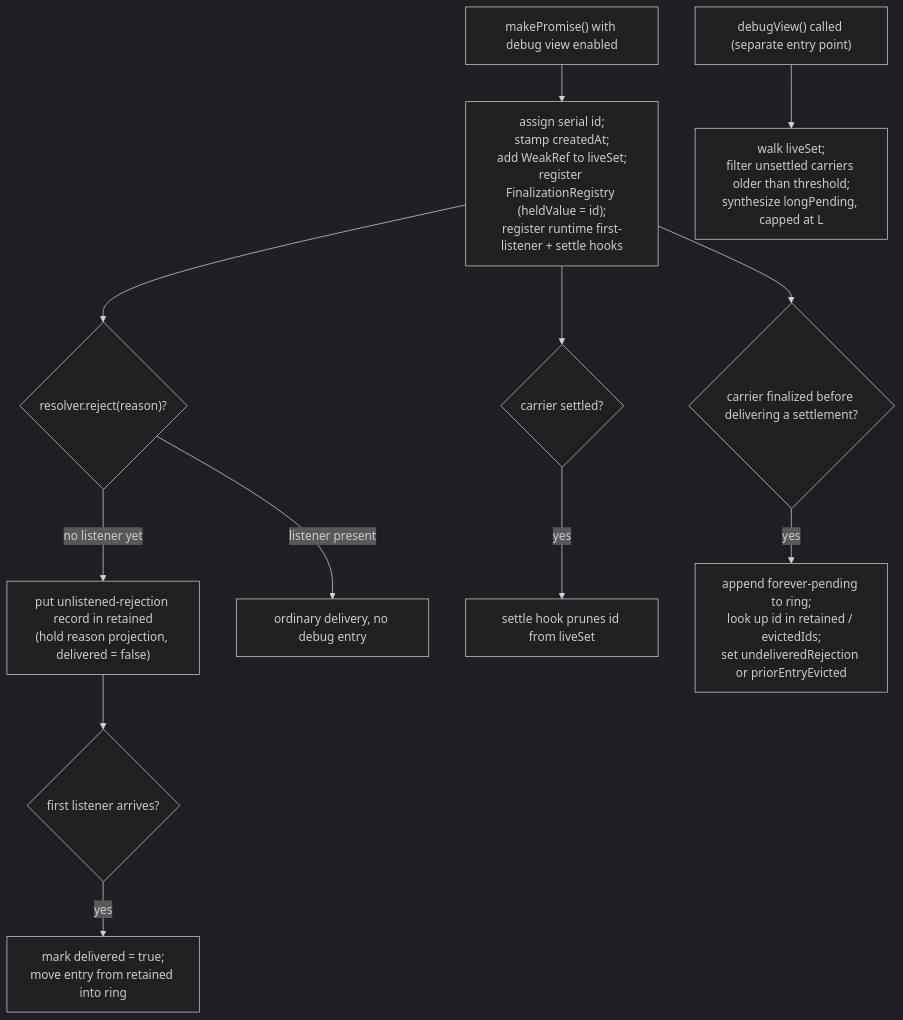
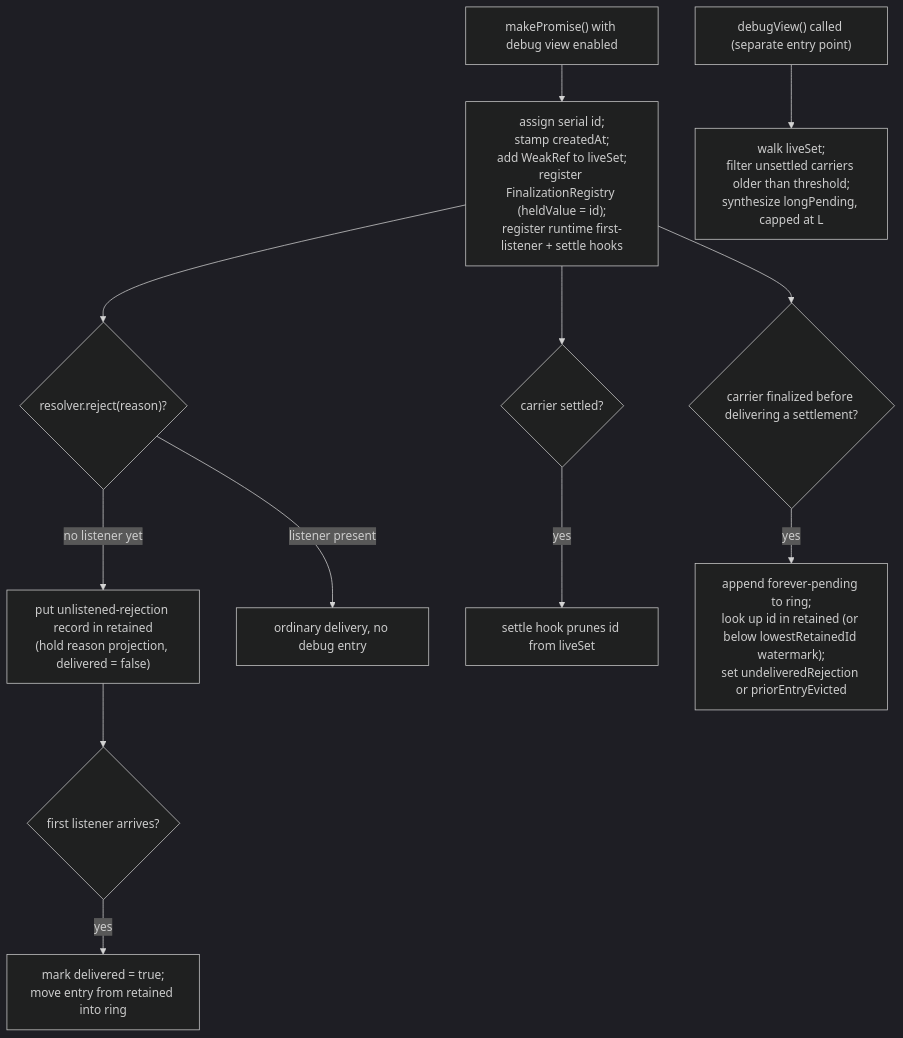
Before and after one commit to endojs/endo-but-for-bots: the diagram in designs/promise-debug-view.md, drawn with Mermaid (dark theme). The commit also changed other lines of this file and 1 other file, not shown here.

````diff
--- a/designs/promise-debug-view.md
+++ b/designs/promise-debug-view.md
@@ -283,15 +337,15 @@
 ```mermaid
 flowchart TD
   MK["makePromise() with debug view enabled"] --> REG["assign serial id;<br/>stamp createdAt;<br/>add WeakRef to liveSet;<br/>register FinalizationRegistry (heldValue = id);<br/>register runtime first-listener + settle hooks"]
   REG --> RJ{"resolver.reject(reason)?"}
   RJ -->|"no listener yet"| UR["put unlistened-rejection record in retained<br/>(hold reason projection, delivered = false)"]
   RJ -->|"listener present"| DONE["ordinary delivery, no debug entry"]
   UR --> FS{"first listener arrives?"}
   FS -->|"yes"| MARK["mark delivered = true;<br/>move entry from retained into ring"]
   REG --> SET{"carrier settled?"}
   SET -->|"yes"| PRUNE["settle hook prunes id from liveSet"]
   REG --> GC{"carrier finalized before delivering a settlement?"}
-  GC -->|"yes"| FP["append forever-pending to ring;<br/>look up id in retained / evictedIds;<br/>set undeliveredRejection or priorEntryEvicted"]
+  GC -->|"yes"| FP["append forever-pending to ring;<br/>look up id in retained (or below lowestRetainedId watermark);<br/>set undeliveredRejection or priorEntryEvicted"]
 
   INSPECT["debugView() called (separate entry point)"] --> LP["walk liveSet;<br/>filter unsettled carriers older than threshold;<br/>synthesize longPending, capped at L"]
 ```
````
